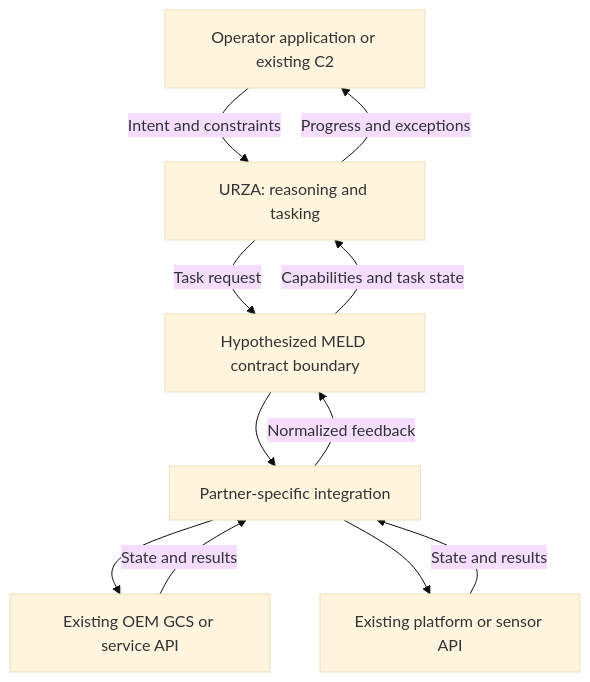
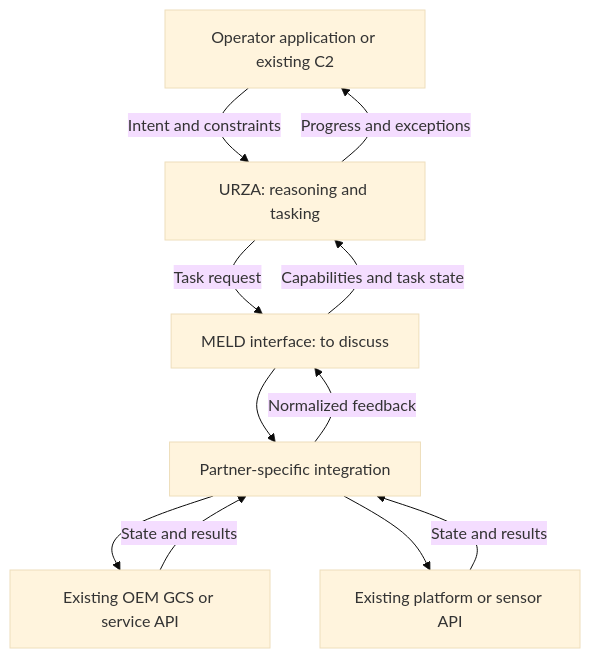
One commit to yagamy4680/integration-work-clarifications changed the first of 4 diagrams in architecture-hypotheses.md. Above: the diagram before and after it, drawn with Mermaid (base theme). The commit also changed other lines of this file and 15 other files, not shown here.

````diff
--- a/architecture-hypotheses.md
+++ b/architecture-hypotheses.md
@@ -11,19 +9,19 @@
 ```mermaid
 flowchart TB
     C2["Operator application or existing C2"]
     U["URZA: reasoning and tasking"]
-    M["Hypothesized MELD contract boundary"]
+    M["MELD interface: to discuss"]
     A["Partner-specific integration"]
     G["Existing OEM GCS or service API"]
     P["Existing platform or sensor API"]
     C2 -->|"Intent and constraints"| U
     U -->|"Task request"| M
     M --> A
     A --> G
     A --> P
     G -->|"State and results"| A
     P -->|"State and results"| A
     A -->|"Normalized feedback"| M
     M -->|"Capabilities and task state"| U
     U -->|"Progress and exceptions"| C2
 ```
````
